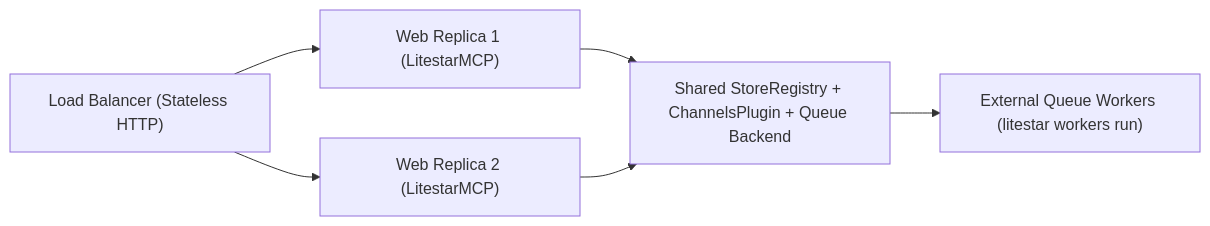
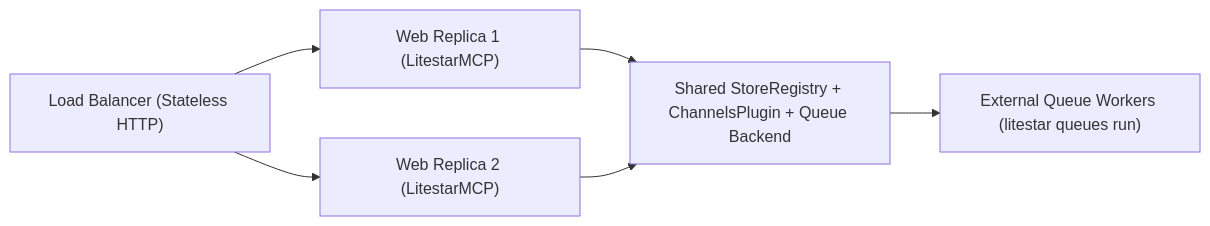
One commit to cofin/litestar-mcp changed the diagram in docs/queues/deployment.md. Above: the diagram before and after it, drawn with Mermaid. The commit also changed other lines of this file and 155 other files, not shown here.

````diff
--- a/docs/queues/deployment.md
+++ b/docs/queues/deployment.md
@@ -14,8 +14,8 @@
 ```mermaid
 flowchart LR
     LB["Load Balancer (Stateless HTTP)"] --> Web1["Web Replica 1 (LitestarMCP)"]
     LB --> Web2["Web Replica 2 (LitestarMCP)"]
     Web1 --> Shared["Shared StoreRegistry + ChannelsPlugin + Queue Backend"]
     Web2 --> Shared
-    Shared --> Workers["External Queue Workers (litestar workers run)"]
+    Shared --> Workers["External Queue Workers (litestar queues run)"]
 ```
````
